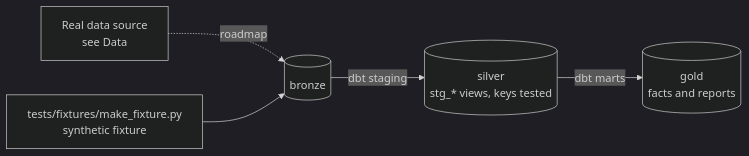
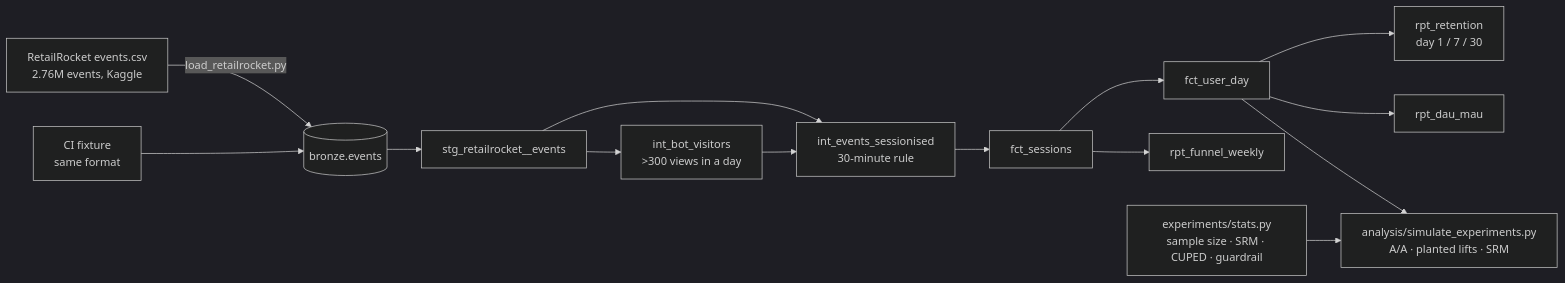
One commit to Saigwe/product-analytics-experiments changed the diagram in README.md. Above: the diagram before and after it, drawn with Mermaid (dark theme). The commit also changed other lines of this file and 2 other files, not shown here.

Commit message:
Run on full RetailRocket data: real funnel, retention, experiment validation and product write-up

````diff
--- a/README.md
+++ b/README.md
@@ -24,7 +24,14 @@
 ```mermaid
 flowchart LR
-  R[Real data source<br/>see Data] -.->|roadmap| B[(bronze)]
-  F[tests/fixtures/make_fixture.py<br/>synthetic fixture] --> B
-  B -->|dbt staging| S[(silver<br/>stg_* views, keys tested)]
-  S -->|dbt marts| G[(gold<br/>facts and reports)]
+  K[RetailRocket events.csv<br/>2.76M events, Kaggle] -->|load_retailrocket.py| B[(bronze.events)]
+  F[CI fixture<br/>same format] --> B
+  B --> S[stg_retailrocket__events]
+  S --> BOT[int_bot_visitors<br/>>300 views in a day]
+  S & BOT --> SE[int_events_sessionised<br/>30-minute rule]
+  SE --> FS[fct_sessions] --> UD[fct_user_day]
+  FS --> FN[rpt_funnel_weekly]
+  UD --> RT[rpt_retention<br/>day 1 / 7 / 30]
+  UD --> DM[rpt_dau_mau]
+  UD --> SIM[analysis/simulate_experiments.py<br/>A/A · planted lifts · SRM]
+  TK[experiments/stats.py<br/>sample size · SRM · CUPED · guardrail] --> SIM
 ```
````
